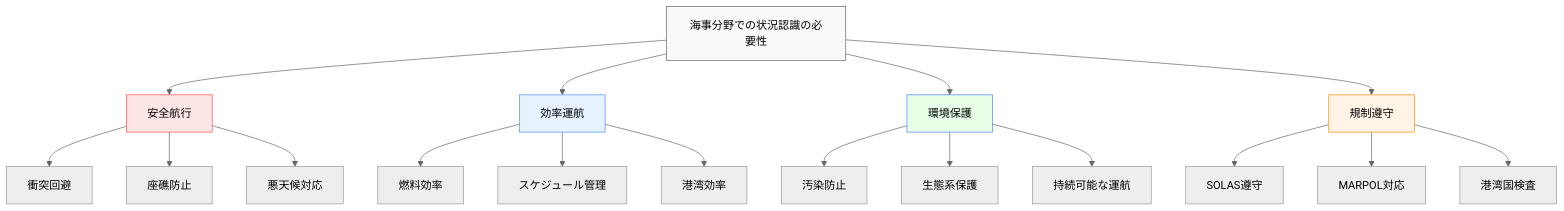
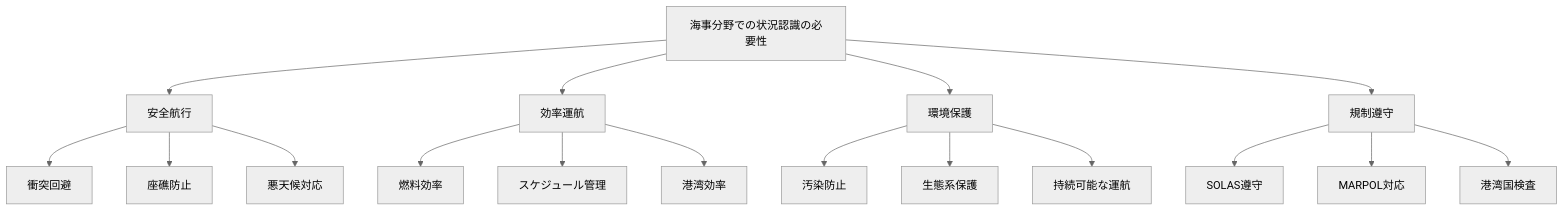
The first of 6 diagrams in docs/applications/maritime-sa.md (shuji-bonji/Situational-Awareness-and-Decision-Making), drawn with Mermaid (neutral theme) before and after one commit. The commit also changed other lines of this file and 49 other files, not shown here.

Commit message:
fix: ダークモードで見づらい図の色の変更

````diff
--- a/docs/applications/maritime-sa.md
+++ b/docs/applications/maritime-sa.md
@@ -25,29 +25,29 @@
 ```mermaid
 graph TB
     A[海事分野での状況認識の必要性] --> B[安全航行]
     A --> C[効率運航]
     A --> D[環境保護]
     A --> E[規制遵守]
     
     B --> B1[衝突回避]
     B --> B2[座礁防止]
     B --> B3[悪天候対応]
     
     C --> C1[燃料効率]
     C --> C2[スケジュール管理]
     C --> C3[港湾効率]
     
     D --> D1[汚染防止]
     D --> D2[生態系保護]
     D --> D3[持続可能な運航]
     
     E --> E1[SOLAS遵守]
     E --> E2[MARPOL対応]
     E --> E3[港湾国検査]
     
-    style A fill:#f9f9f9,stroke:#666
-    style B fill:#ffe6e6,stroke:#ff4d4d
-    style C fill:#e6f2ff,stroke:#4d94ff
-    style D fill:#e6ffe6,stroke:#4d7fff
-    style E fill:#fff4e6,stroke:#ff8c00
+
+
+
+
+
 ```
````
